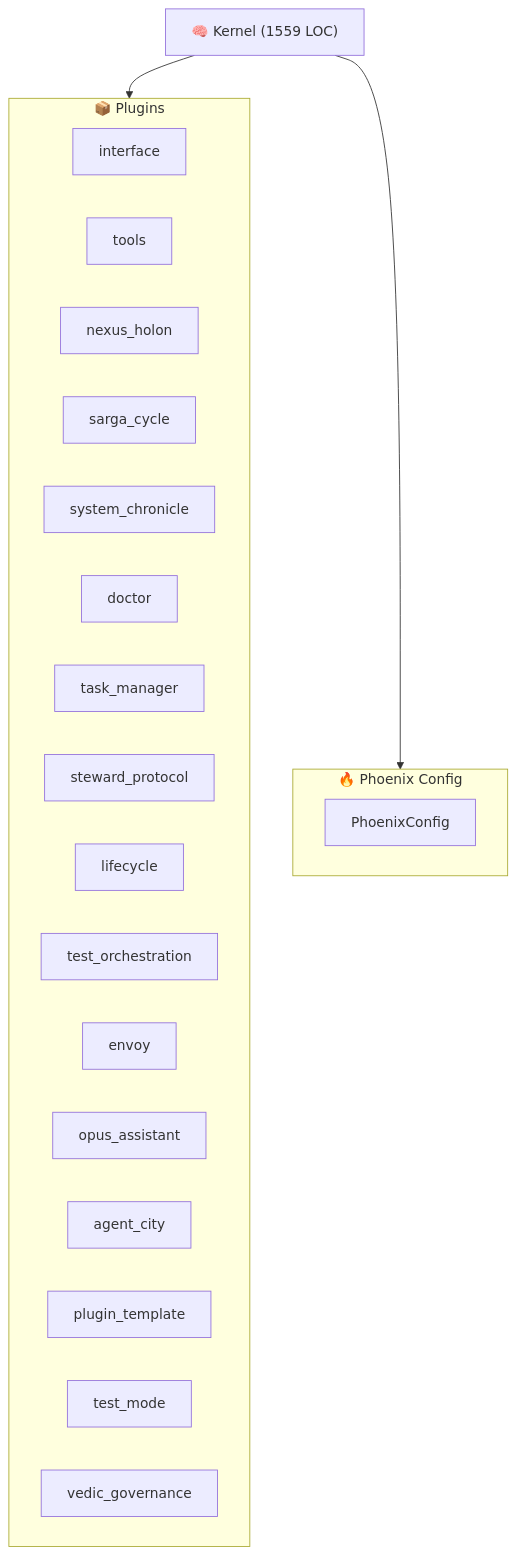
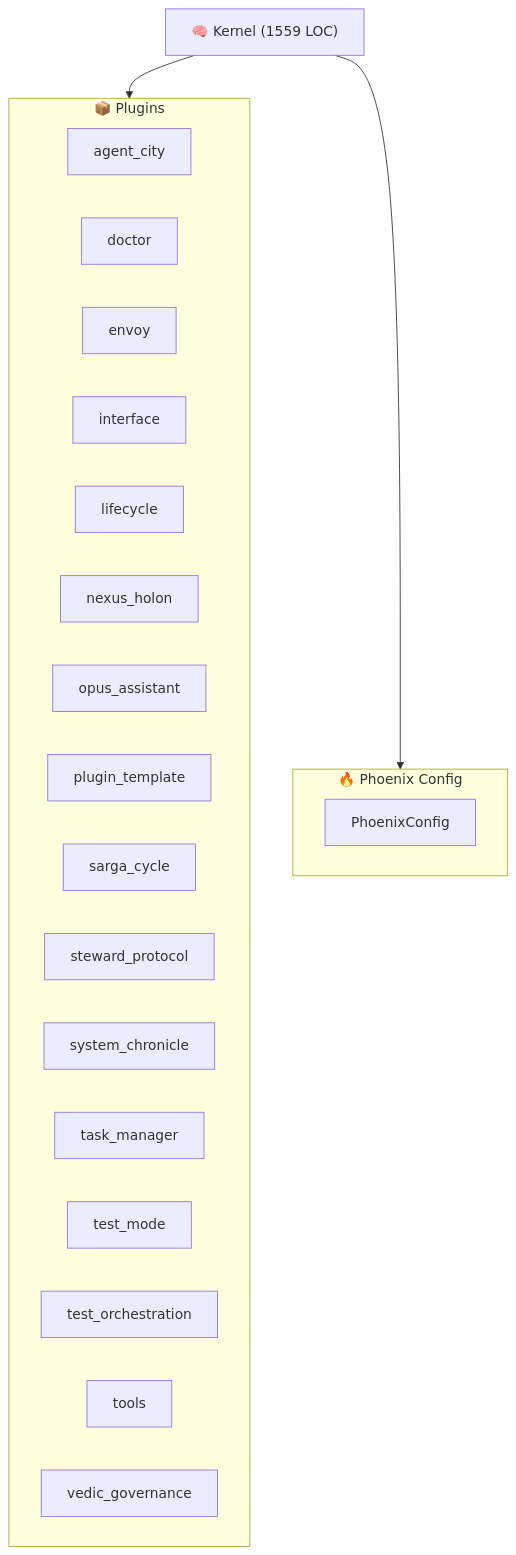
One commit to kimeisele/steward-protocol changed the diagram in ARCHITECTURE.md. Above: the diagram before and after it, drawn with Mermaid. The commit also changed other lines of this file and 13 other files, not shown here.

````diff
--- a/ARCHITECTURE.md
+++ b/ARCHITECTURE.md
@@ -8,27 +8,27 @@
 ```mermaid
 graph TB
     K["🧠 Kernel (1559 LOC)"]
     subgraph Plugins["📦 Plugins"]
+        P_agent_city["agent_city"]
+        P_doctor["doctor"]
+        P_envoy["envoy"]
         P_interface["interface"]
+        P_lifecycle["lifecycle"]
+        P_nexus_holon["nexus_holon"]
+        P_opus_assistant["opus_assistant"]
+        P_plugin_template["plugin_template"]
+        P_sarga_cycle["sarga_cycle"]
+        P_steward_protocol["steward_protocol"]
+        P_system_chronicle["system_chronicle"]
+        P_task_manager["task_manager"]
+        P_test_mode["test_mode"]
+        P_test_orchestration["test_orchestration"]
         P_tools["tools"]
-        P_nexus_holon["nexus_holon"]
-        P_sarga_cycle["sarga_cycle"]
-        P_system_chronicle["system_chronicle"]
-        P_doctor["doctor"]
-        P_task_manager["task_manager"]
-        P_steward_protocol["steward_protocol"]
-        P_lifecycle["lifecycle"]
-        P_test_orchestration["test_orchestration"]
-        P_envoy["envoy"]
-        P_opus_assistant["opus_assistant"]
-        P_agent_city["agent_city"]
-        P_plugin_template["plugin_template"]
-        P_test_mode["test_mode"]
         P_vedic_governance["vedic_governance"]
     end
     K --> Plugins
     subgraph Config["🔥 Phoenix Config"]
         PC[PhoenixConfig]
     end
     K --> Config
 ```
````
